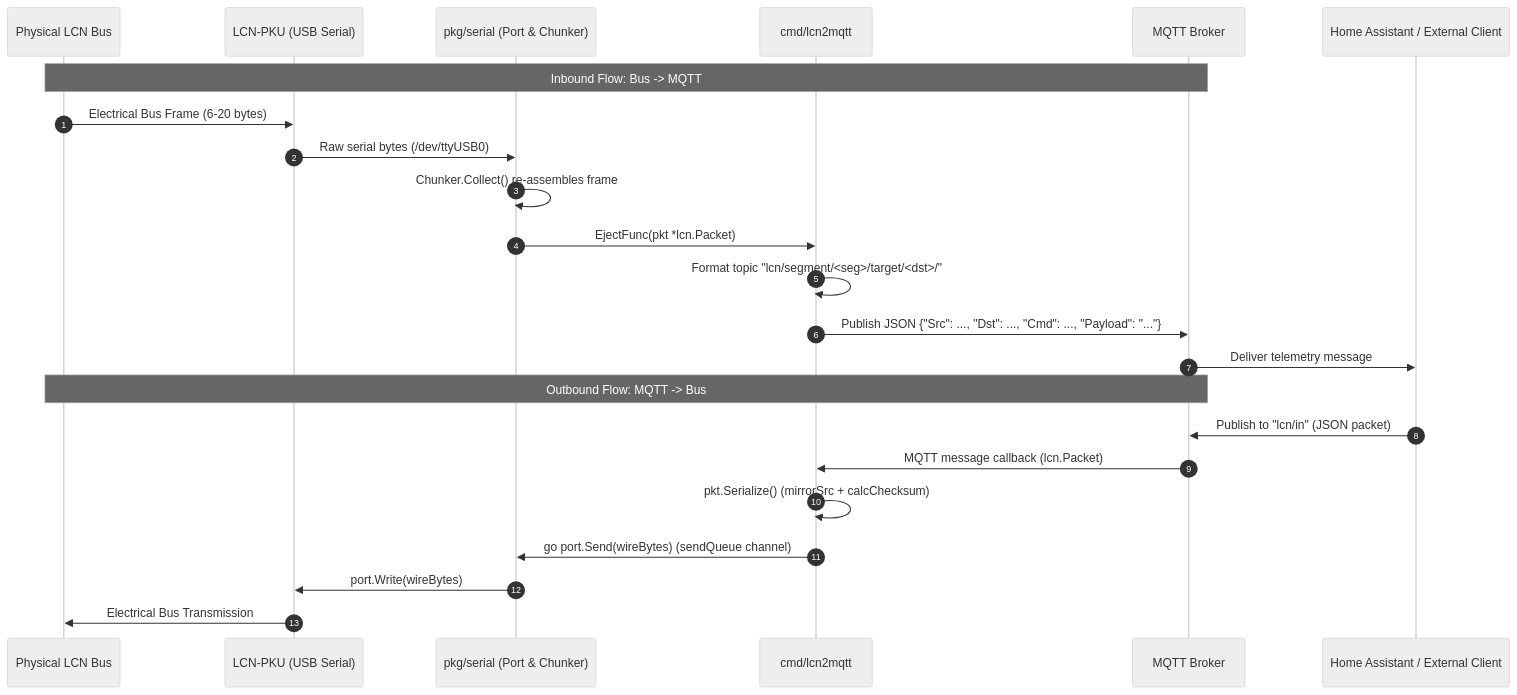
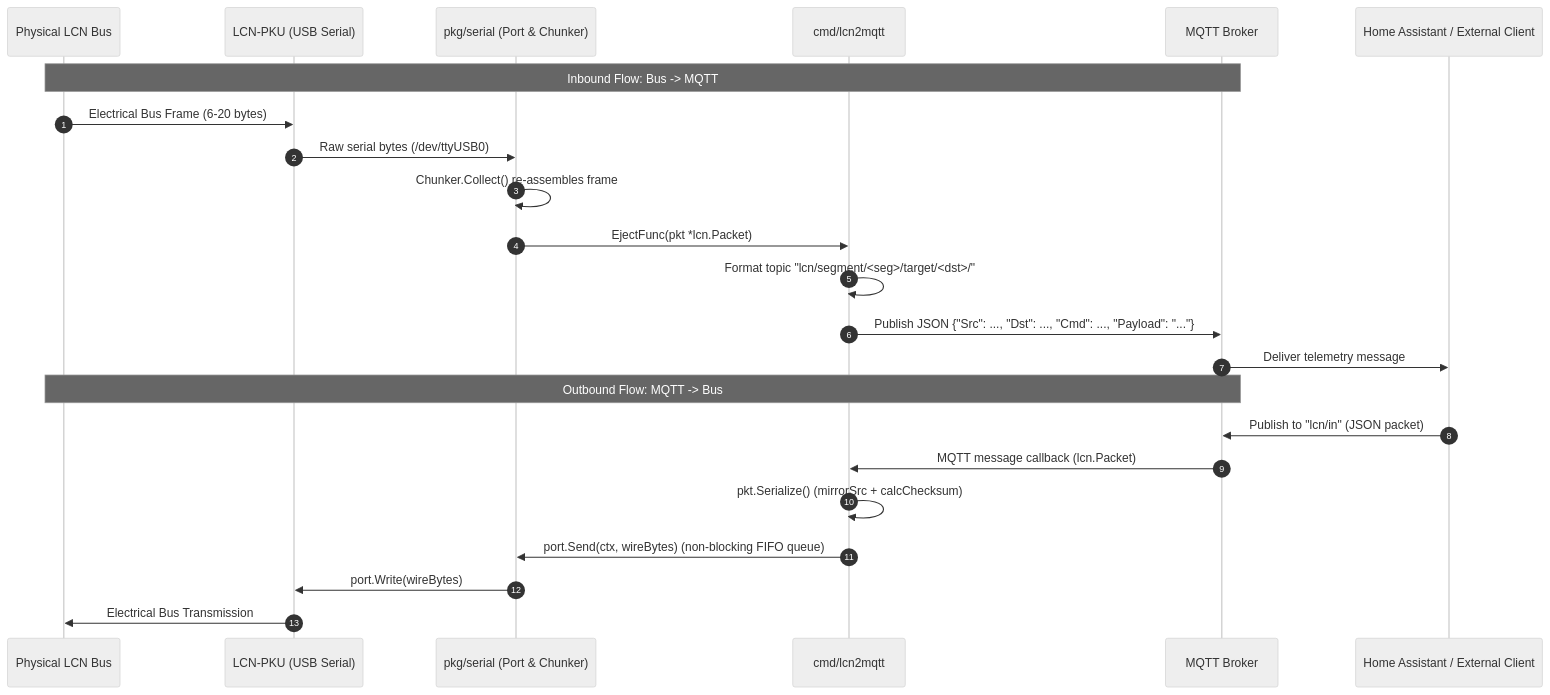
The second of 3 diagrams in docs/ARCHITECTURE.md (MyChaOS87/reverseLCN), drawn with Mermaid (neutral theme) before and after one commit. The commit also changed other lines of this file and 6 other files, not shown here.

First line of the commit message:
chore(docs): update architecture, conventions, and testing documentation

````diff
--- a/docs/ARCHITECTURE.md
+++ b/docs/ARCHITECTURE.md
@@ -91,27 +96,27 @@
 ```mermaid
 sequenceDiagram
     autonumber
     participant Bus as Physical LCN Bus
     participant PKU as LCN-PKU (USB Serial)
     participant Port as pkg/serial (Port & Chunker)
     participant Bridge as cmd/lcn2mqtt
     participant Broker as MQTT Broker
     participant Client as Home Assistant / External Client
 
     Note over Bus,Broker: Inbound Flow: Bus -> MQTT
     Bus->>PKU: Electrical Bus Frame (6-20 bytes)
     PKU->>Port: Raw serial bytes (/dev/ttyUSB0)
     Port->>Port: Chunker.Collect() re-assembles frame
     Port->>Bridge: EjectFunc(pkt *lcn.Packet)
     Bridge->>Bridge: Format topic "lcn/segment/<seg>/target/<dst>/"
     Bridge->>Broker: Publish JSON {"Src": ..., "Dst": ..., "Cmd": ..., "Payload": "..."}
     Broker->>Client: Deliver telemetry message
 
     Note over Bus,Broker: Outbound Flow: MQTT -> Bus
     Client->>Broker: Publish to "lcn/in" (JSON packet)
     Broker->>Bridge: MQTT message callback (lcn.Packet)
     Bridge->>Bridge: pkt.Serialize() (mirrorSrc + calcChecksum)
-    Bridge->>Port: go port.Send(wireBytes) (sendQueue channel)
+    Bridge->>Port: port.Send(ctx, wireBytes) (non-blocking FIFO queue)
     Port->>PKU: port.Write(wireBytes)
     PKU->>Bus: Electrical Bus Transmission
 ```
````
